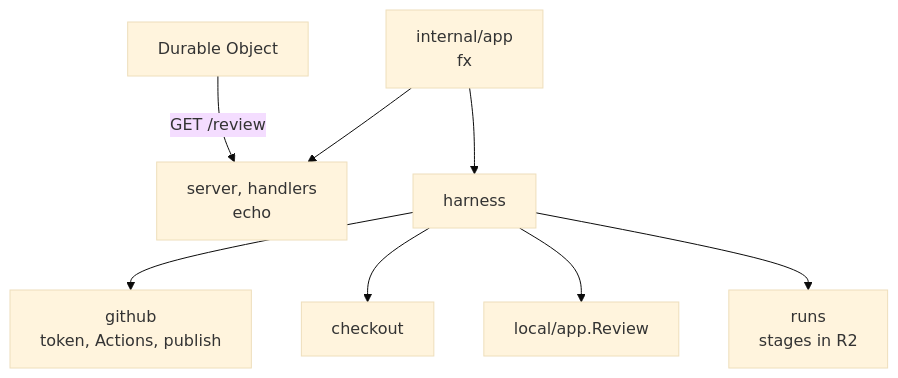
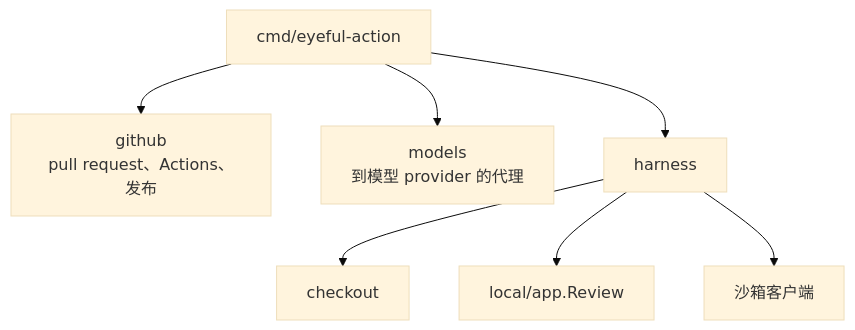
Before and after one commit to Pleasurecruise/eyeful: the first of 2 diagrams in docs/zh/cloud/SERVER.md, drawn with Mermaid (base theme). The commit also changed other lines of this file and 96 other files, not shown here.

````diff
--- a/docs/zh/cloud/SERVER.md
+++ b/docs/zh/cloud/SERVER.md
@@ -7,10 +7,9 @@
 ```mermaid
 flowchart TB
-    do["Durable Object"] -->|"GET /review"| server["server, handlers<br/>echo"]
-    app["internal/app<br/>fx"] --> harness["harness"]
-    app --> server
-    harness --> github["github<br/>token, Actions, publish"]
+    cmd["cmd/eyeful-action"] --> github["github<br/>pull request、Actions、发布"]
+    cmd --> models["models<br/>到模型 provider 的代理"]
+    cmd --> harness["harness"]
     harness --> checkout["checkout"]
     harness --> local["local/app.Review"]
-    harness --> runs["runs<br/>stages in R2"]
+    harness --> sandbox["沙箱客户端"]
 ```
````
